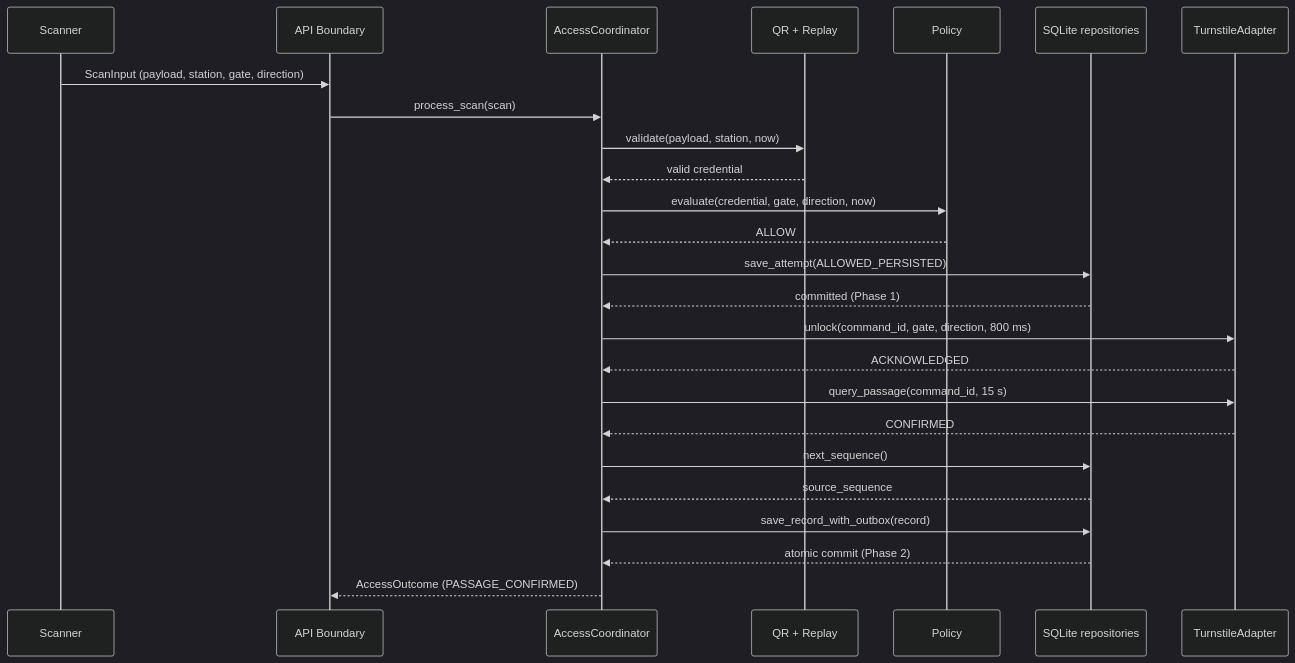
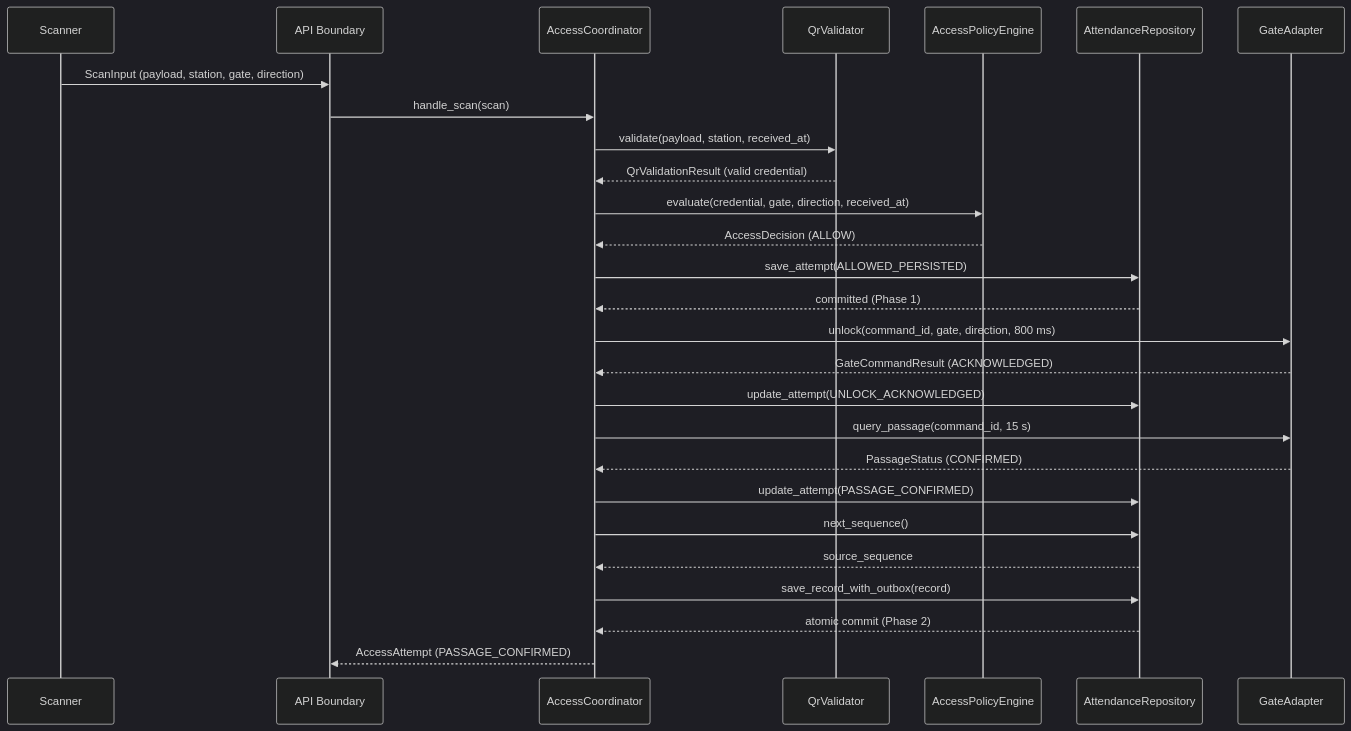
One commit to theDoub/SA-tmc-attendance-access-control changed the second of 2 diagrams in docs/architecture/component-connector-view.md. Above: the diagram before and after it, drawn with Mermaid (dark theme). The commit also changed other lines of this file and 6 other files, not shown here.

````diff
--- a/docs/architecture/component-connector-view.md
+++ b/docs/architecture/component-connector-view.md
@@ -107,27 +114,29 @@
 ```mermaid
 sequenceDiagram
     participant S as Scanner
     participant A as API Boundary
     participant C as AccessCoordinator
-    participant V as QR + Replay
-    participant P as Policy
-    participant R as SQLite repositories
-    participant G as TurnstileAdapter
+    participant V as QrValidator
+    participant P as AccessPolicyEngine
+    participant R as AttendanceRepository
+    participant G as GateAdapter
     S->>A: ScanInput (payload, station, gate, direction)
-    A->>C: process_scan(scan)
-    C->>V: validate(payload, station, now)
-    V-->>C: valid credential
-    C->>P: evaluate(credential, gate, direction, now)
-    P-->>C: ALLOW
+    A->>C: handle_scan(scan)
+    C->>V: validate(payload, station, received_at)
+    V-->>C: QrValidationResult (valid credential)
+    C->>P: evaluate(credential, gate, direction, received_at)
+    P-->>C: AccessDecision (ALLOW)
     C->>R: save_attempt(ALLOWED_PERSISTED)
     R-->>C: committed (Phase 1)
     C->>G: unlock(command_id, gate, direction, 800 ms)
-    G-->>C: ACKNOWLEDGED
+    G-->>C: GateCommandResult (ACKNOWLEDGED)
+    C->>R: update_attempt(UNLOCK_ACKNOWLEDGED)
     C->>G: query_passage(command_id, 15 s)
-    G-->>C: CONFIRMED
+    G-->>C: PassageStatus (CONFIRMED)
+    C->>R: update_attempt(PASSAGE_CONFIRMED)
     C->>R: next_sequence()
     R-->>C: source_sequence
     C->>R: save_record_with_outbox(record)
     R-->>C: atomic commit (Phase 2)
-    C-->>A: AccessOutcome (PASSAGE_CONFIRMED)
+    C-->>A: AccessAttempt (PASSAGE_CONFIRMED)
 ```
````
